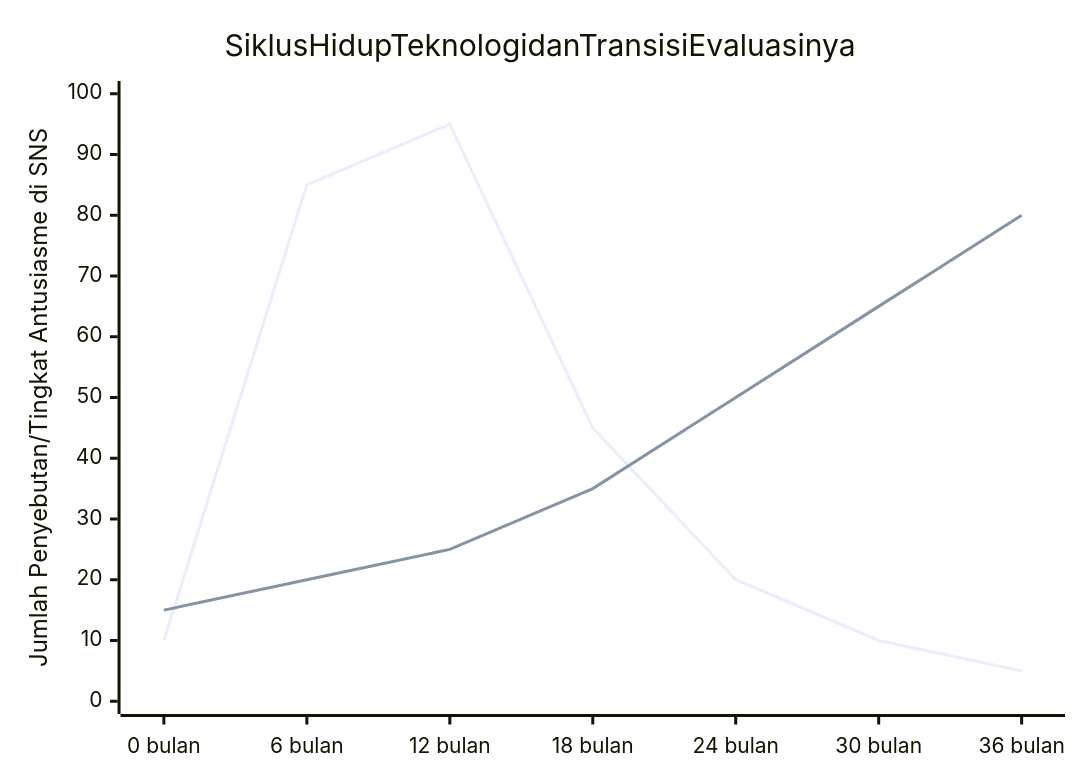
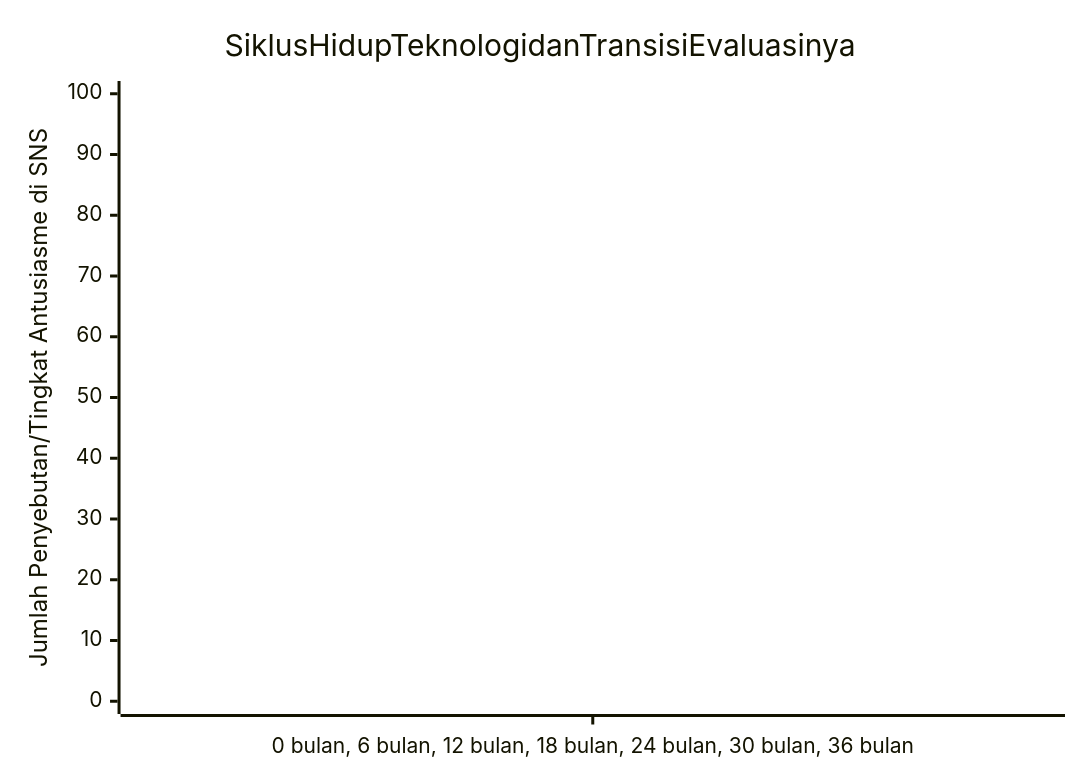
One commit to kenjinote/blog changed the second of 2 diagrams in content/post/sns_algorithm/index.id.md. Above: the diagram before and after it, drawn with Mermaid. The commit also changed 573 other files, not shown here.

Commit message:
fix: Resolve Mermaid syntax errors caused by nested double quotes in node names

````diff
--- a/content/post/sns_algorithm/index.id.md
+++ b/content/post/sns_algorithm/index.id.md
@@ -122,8 +122,8 @@
 ```mermaid
 xychart-beta
     title Siklus Hidup Teknologi dan Transisi Evaluasinya
-    x-axis ["0 bulan", "6 bulan", "12 bulan", "18 bulan", "24 bulan", "30 bulan", "36 bulan"]
+    x-axis ["0 bulan, 6 bulan, 12 bulan, 18 bulan, 24 bulan, 30 bulan, 36 bulan"]
     y-axis "Jumlah Penyebutan/Tingkat Antusiasme di SNS" 0 --> 100
     line [10, 85, 95, 45, 20, 10, 5]
     line [15, 20, 25, 35, 50, 65, 80]
 ```
````
